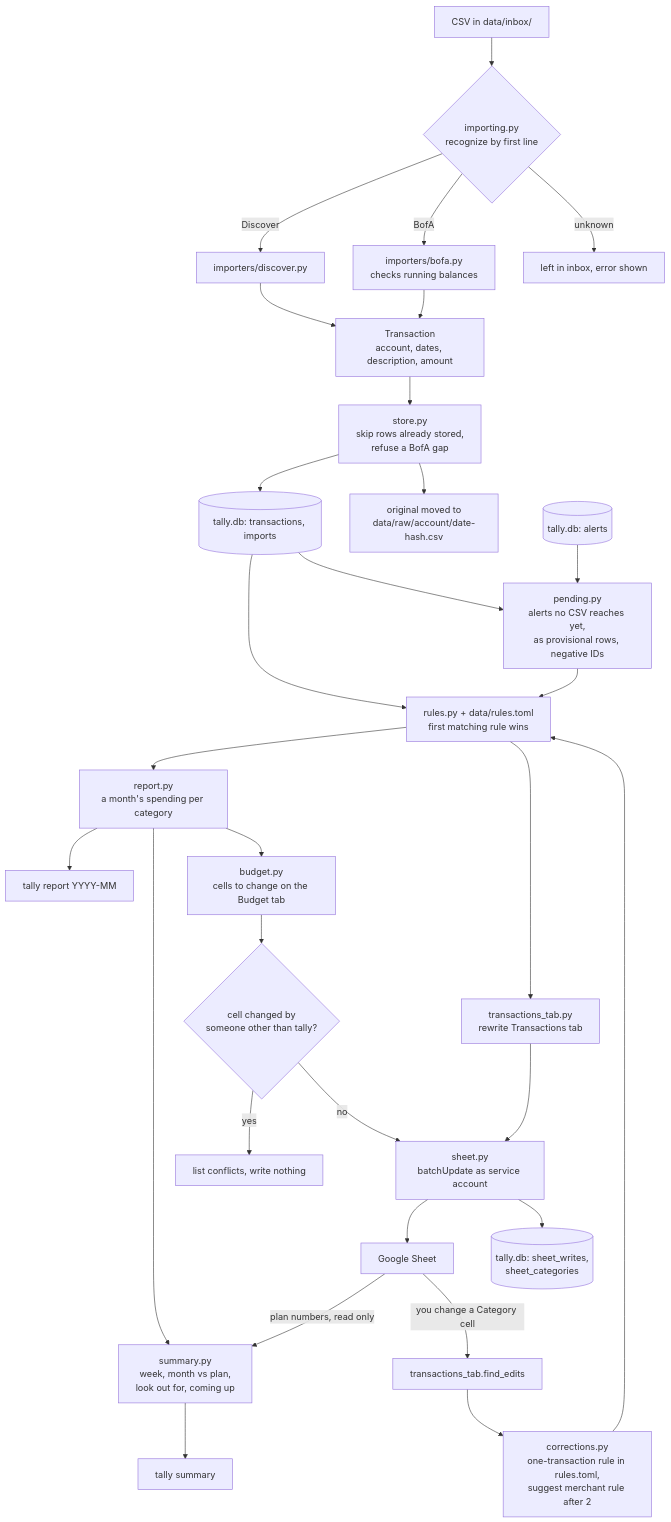
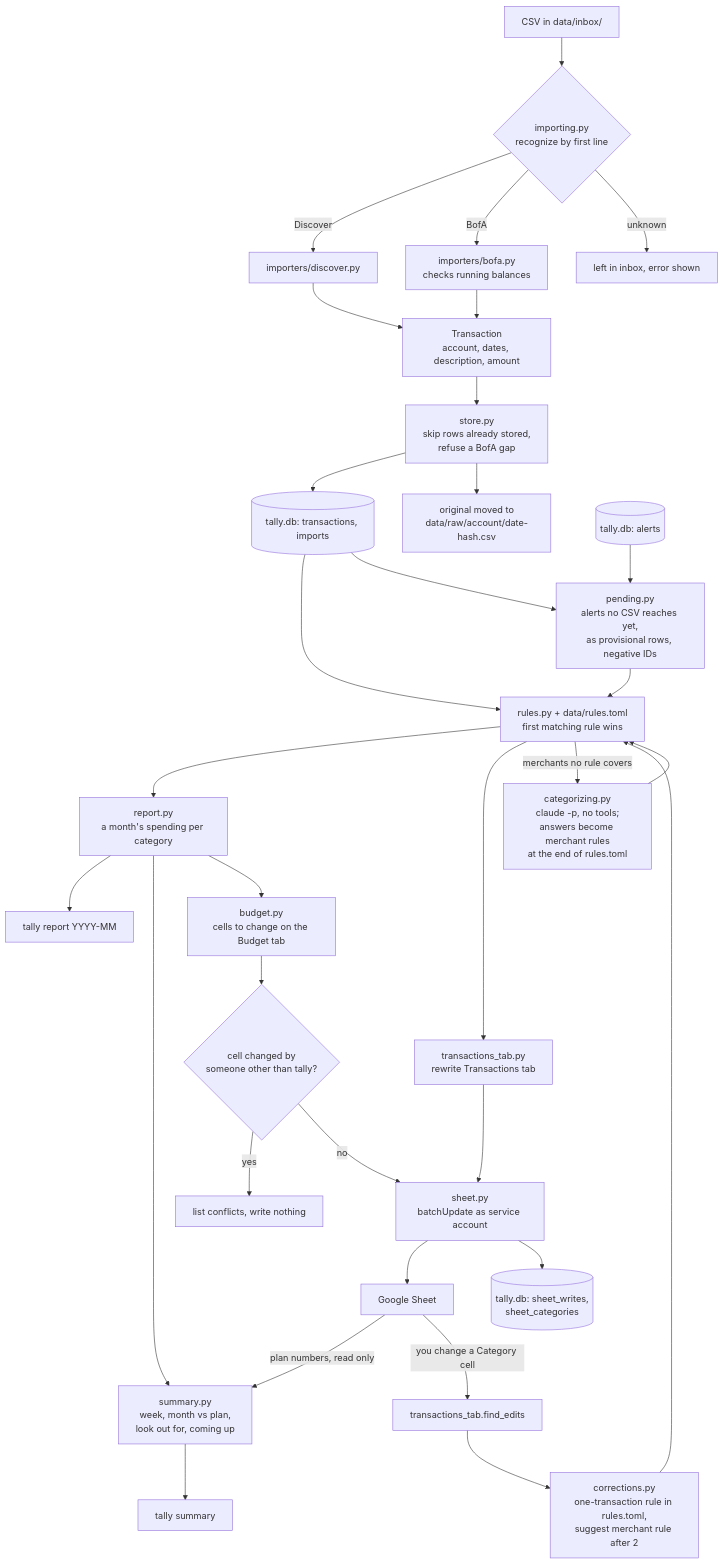
One commit to vmenon04/tally changed the third of 6 diagrams in docs/architecture.md. Above: the diagram before and after it, drawn with Mermaid. The commit also changed other lines of this file and 7 other files, not shown here.

Commit message:
Let Claude categorize merchants no rule covers during sync, saved as rules that corrections update

````diff
--- a/docs/architecture.md
+++ b/docs/architecture.md
@@ -117,35 +117,37 @@
 ```mermaid
 flowchart TD
     csv["CSV in data/inbox/"] --> recognize{"importing.py<br/>recognize by first line"}
     recognize -- "Discover" --> dparse["importers/discover.py"]
     recognize -- "BofA" --> bparse["importers/bofa.py<br/>checks running balances"]
     recognize -- "unknown" --> stay["left in inbox, error shown"]
     dparse --> txn["Transaction<br/>account, dates, description, amount"]
     bparse --> txn
     txn --> save["store.py<br/>skip rows already stored,<br/>refuse a BofA gap"]
     save --> db[("tally.db: transactions, imports")]
     save --> archive["original moved to<br/>data/raw/account/date-hash.csv"]
 
     db --> categorize["rules.py + data/rules.toml<br/>first matching rule wins"]
     alerts_db[("tally.db: alerts")] --> waiting["pending.py<br/>alerts no CSV reaches yet,<br/>as provisional rows, negative IDs"]
     db --> waiting
     waiting --> categorize
     categorize --> rep["report.py<br/>a month's spending per category"]
     rep --> cli_report["tally report YYYY-MM"]
     rep --> weekly["summary.py<br/>week, month vs plan,<br/>look out for, coming up"]
     gsheet -- "plan numbers, read only" --> weekly
     weekly --> cli_summary["tally summary"]
 
     rep --> plan["budget.py<br/>cells to change on the Budget tab"]
     plan --> conflicts{"cell changed by<br/>someone other than tally?"}
     conflicts -- "yes" --> stop["list conflicts, write nothing"]
     conflicts -- "no" --> write["sheet.py<br/>batchUpdate as service account"]
     categorize --> tab["transactions_tab.py<br/>rewrite Transactions tab"]
     tab --> write
     write --> gsheet["Google Sheet"]
     write --> record[("tally.db: sheet_writes,<br/>sheet_categories")]
 
     gsheet -- "you change a Category cell" --> edits["transactions_tab.find_edits"]
     edits --> corr["corrections.py<br/>one-transaction rule in rules.toml,<br/>suggest merchant rule after 2"]
     corr --> categorize
+    categorize -- "merchants no rule covers" --> claude["categorizing.py<br/>claude -p, no tools;<br/>answers become merchant rules<br/>at the end of rules.toml"]
+    claude --> categorize
 ```
````
